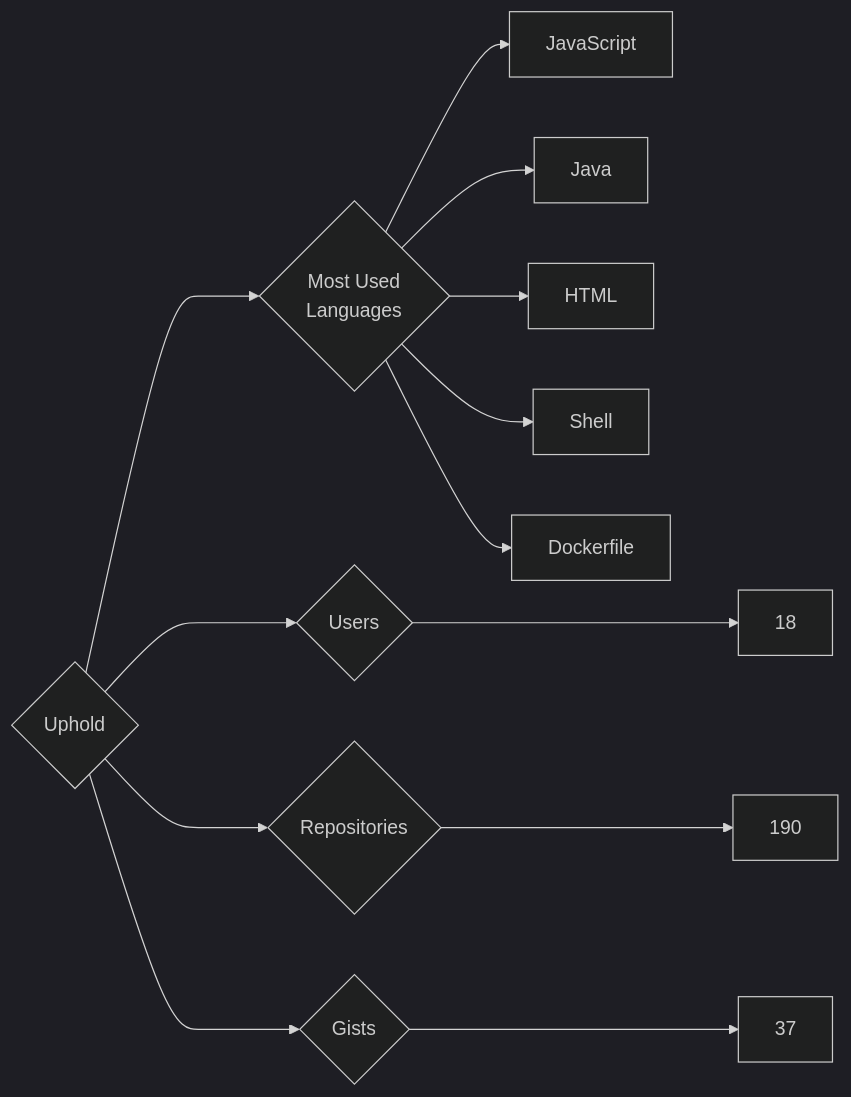
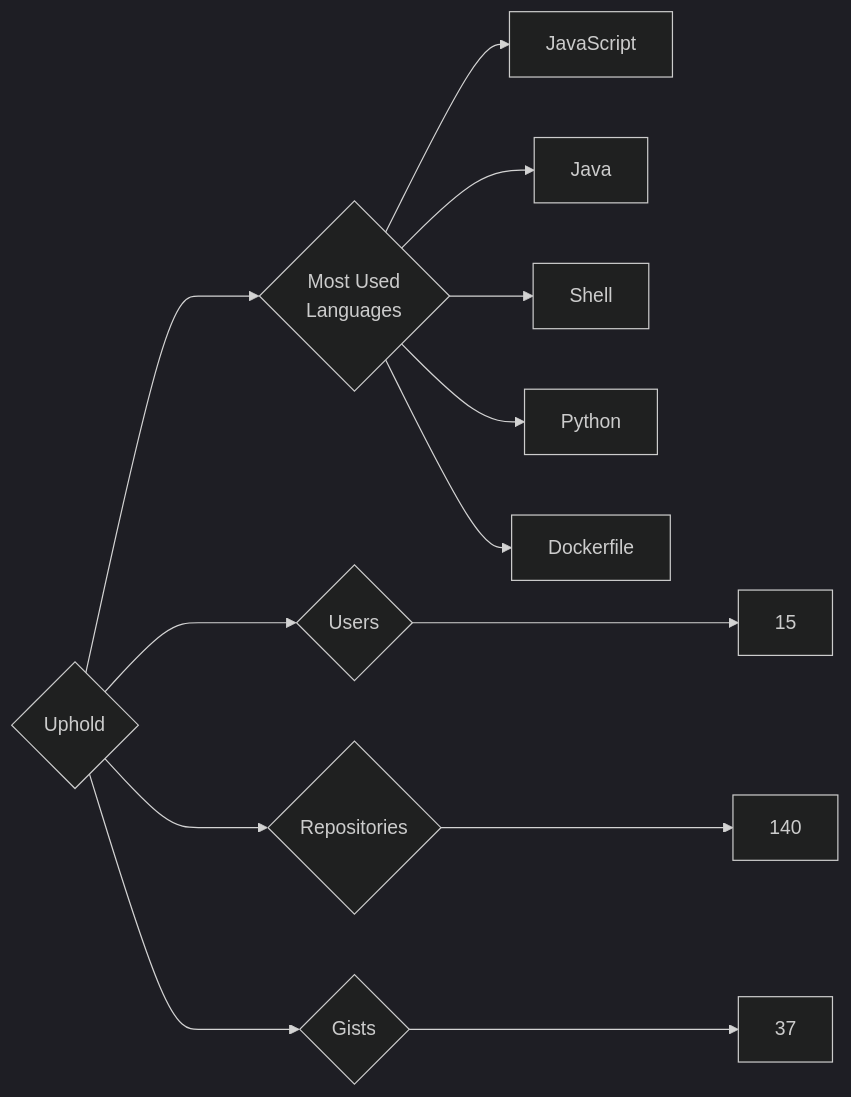
The diagram in targets/Uphold/README.md (trickest/insiders), drawn with Mermaid (dark theme) before and after one commit. The commit also changed 1248 other files, not shown here.

````diff
--- a/targets/Uphold/README.md
+++ b/targets/Uphold/README.md
@@ -3,13 +3,13 @@
 ```mermaid
 graph LR
 COMPANY_NAME{Uphold}
-COMPANY_NAME ---> U{Users} ---> UN[18]
-COMPANY_NAME ---> R{Repositories} ---> RN[190]
+COMPANY_NAME ---> U{Users} ---> UN[15]
+COMPANY_NAME ---> R{Repositories} ---> RN[140]
 COMPANY_NAME ---> G{Gists} ---> GN[37]
 COMPANY_NAME ---> ML{Most Used<br>Languages}
 ML --> JavaScript[JavaScript]
 ML --> Java[Java]
-ML --> HTML[HTML]
 ML --> Shell[Shell]
+ML --> Python[Python]
 ML --> Dockerfile[Dockerfile]
 ```
````
